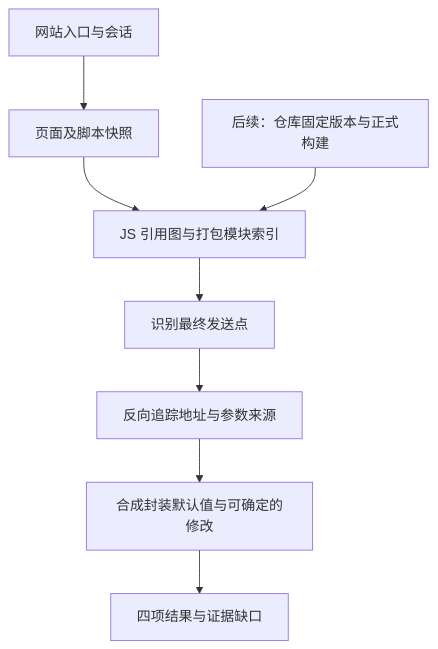
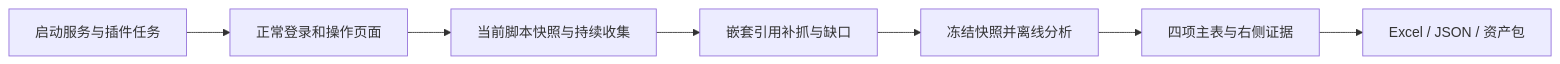
One commit to luohaijiang789/js-security changed the diagram in website-js-extractor/README.md. Above: the diagram before and after it, drawn with Mermaid. The commit also changed other lines of this file and 11 other files, not shown here.

````diff
--- a/website-js-extractor/README.md
+++ b/website-js-extractor/README.md
@@ -9,10 +9,9 @@
 ```mermaid
-flowchart TD
-    A[网站入口与会话] --> B[页面及脚本快照]
-    B --> C[JS 引用图与打包模块索引]
-    C --> D[识别最终发送点]
-    D --> E[反向追踪地址与参数来源]
-    E --> F[合成封装默认值与可确定的修改]
-    F --> G[四项结果与证据缺口]
-    H[后续：仓库固定版本与正式构建] --> C
+flowchart LR
+    A[启动服务与插件任务] --> B[正常登录和操作页面]
+    B --> C[当前脚本快照与持续收集]
+    C --> D[嵌套引用补抓与缺口]
+    D --> E[冻结快照并离线分析]
+    E --> F[四项主表与右侧证据]
+    F --> G[Excel / JSON / 资产包]
 ```
````
